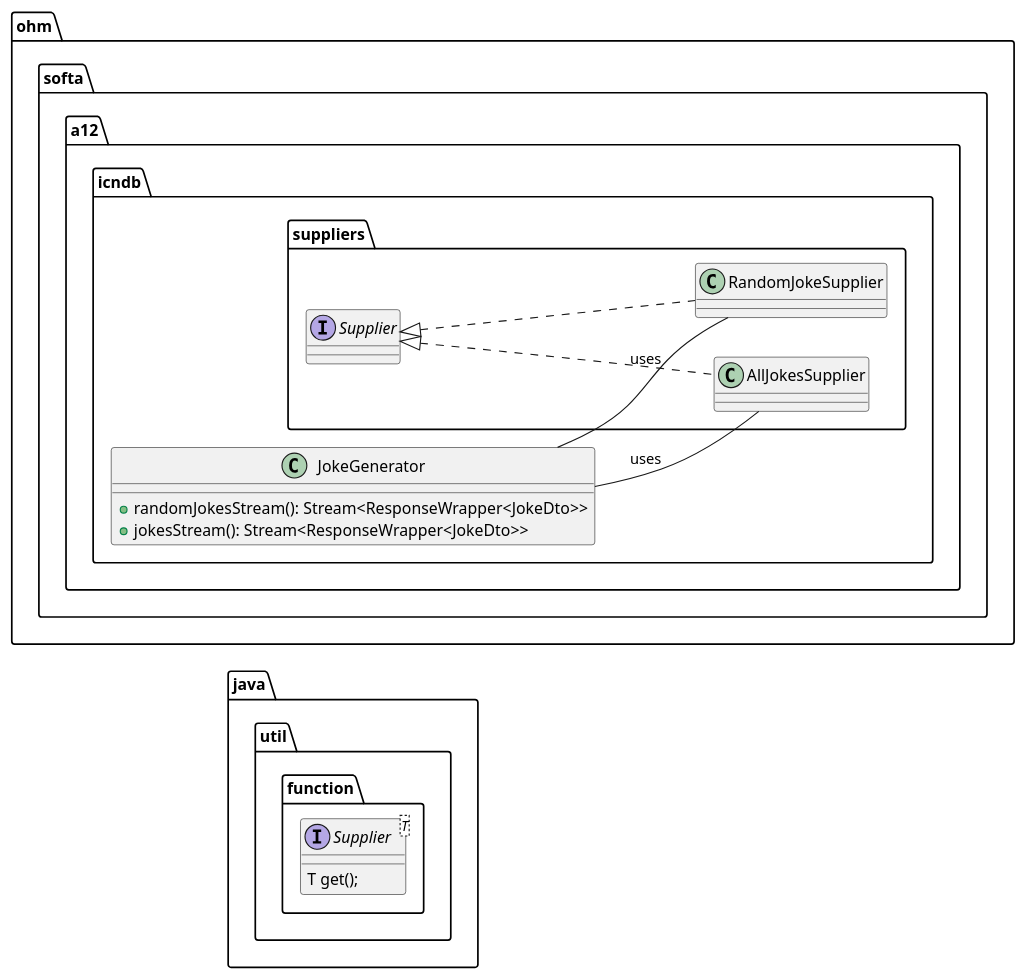
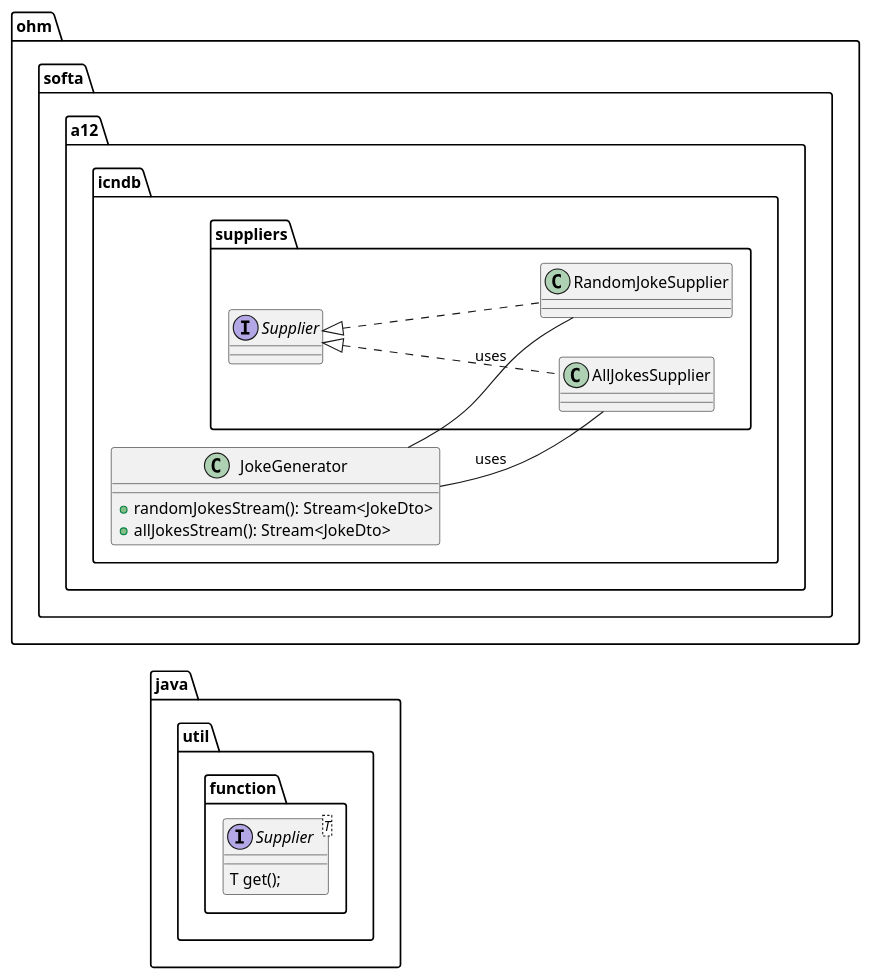
Before and after one commit to stellamoR/12-functional-cli: the diagram in assets/uml/generator-spec.plantuml, drawn with PlantUML. The commit also changed 17 other files, not shown here.

```diff
--- a/assets/uml/generator-spec.plantuml
+++ b/assets/uml/generator-spec.plantuml
@@ -1,27 +1,27 @@
 @startuml GeneratorSpec
 left to right direction
 package java.util.function {
     interface Supplier<T> {
         T get();
     }
 }
 
 package ohm.softa.a12.icndb {
     class JokeGenerator {
-        +randomJokesStream(): Stream<ResponseWrapper<JokeDto>>
-        +jokesStream(): Stream<ResponseWrapper<JokeDto>>
+        +randomJokesStream(): Stream<JokeDto>
+        +allJokesStream(): Stream<JokeDto>
     }
 
     package suppliers {
         class AllJokesSupplier implements Supplier {
         }
 
         class RandomJokeSupplier implements Supplier {
         }
     }
 
     JokeGenerator -- AllJokesSupplier : "uses"
     JokeGenerator -- RandomJokeSupplier : "uses"
 }
 
 @enduml
```
